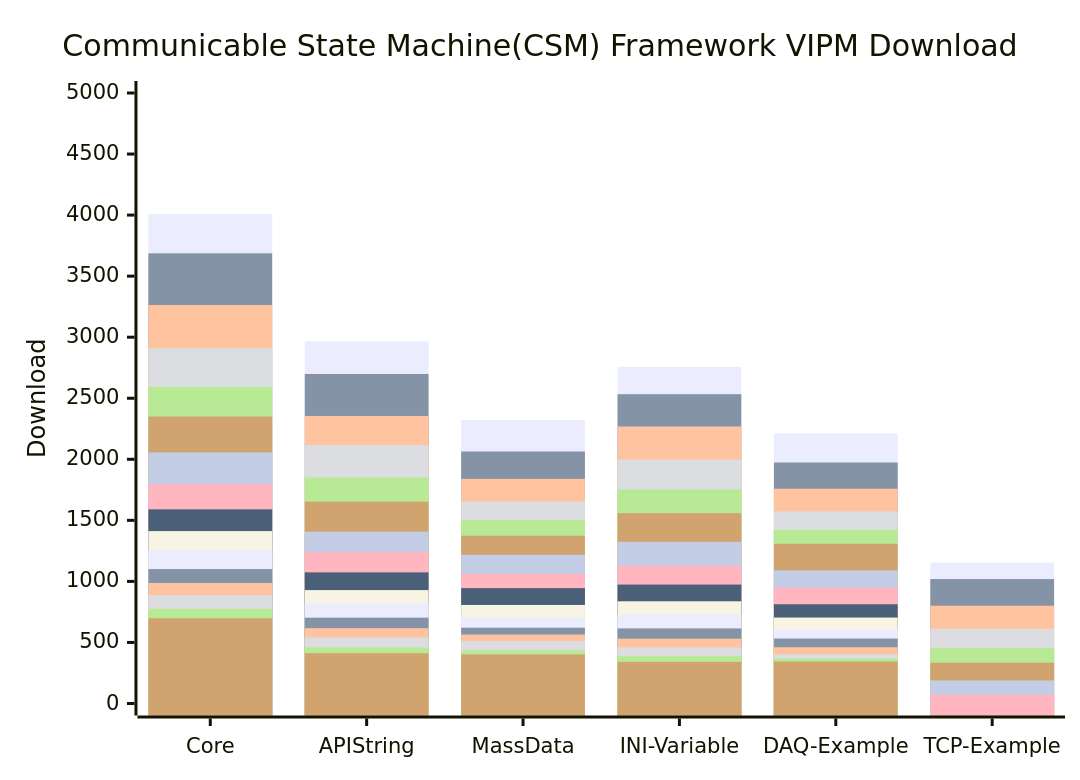
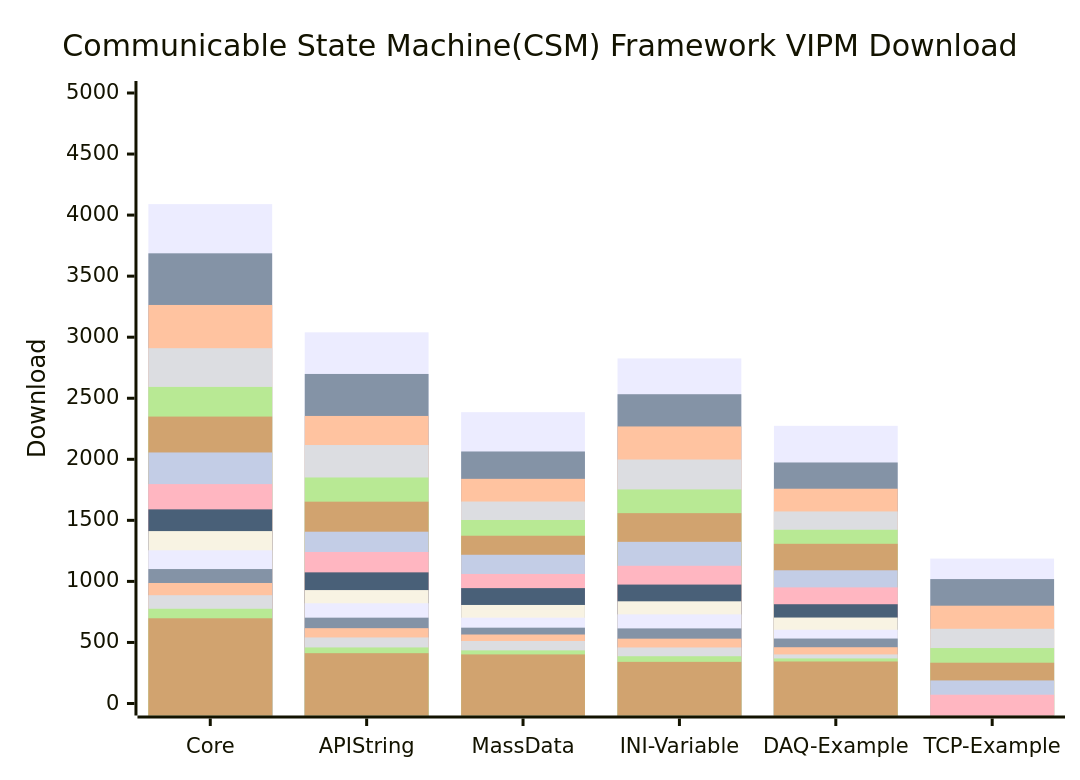
Before and after one commit to NEVSTOP-LAB/.github: the diagram in profile/README.md, drawn with Mermaid.

Commit message:
Update bar values in README.md

````diff
--- a/profile/README.md
+++ b/profile/README.md
@@ -31,22 +31,22 @@
 ```mermaid
     xychart-beta
     title "Communicable State Machine(CSM) Framework VIPM Download"
     x-axis [Core, API String, MassData, INI-Variable, DAQ-Example, TCP-Example]
     y-axis "Download" 0 --> 5000
-    bar   [4009, 2967, 2322, 2757, 2212, 1155]
+    bar   [4090, 3040, 2386, 2826, 2274, 1187]
     bar   [3687, 2699, 2064, 2533, 1974, 1019]
     bar   [3264, 2355, 1840, 2269, 1759, 801]
     bar   [2910, 2117, 1654, 1998, 1573, 612]
     bar   [2593, 1851, 1503, 1753, 1423, 454]
     bar   [2350, 1653, 1374, 1559, 1308, 334]
     bar   [2056, 1407, 1218, 1324, 1091, 189]
     bar   [1797, 1241, 1061, 1128, 951, 72]
     bar   [1590, 1074, 945, 974, 813]
     bar   [1412, 929, 807, 837, 704]
     bar   [1255, 821, 703, 730, 604]
     bar   [1101, 703, 621, 615, 532]
     bar   [987, 617, 565, 531, 461]
     bar   [887, 541, 512, 459, 402]
     bar   [776, 459, 435, 387, 369]
     bar   [698, 412, 402, 341, 344]
 ```
````
